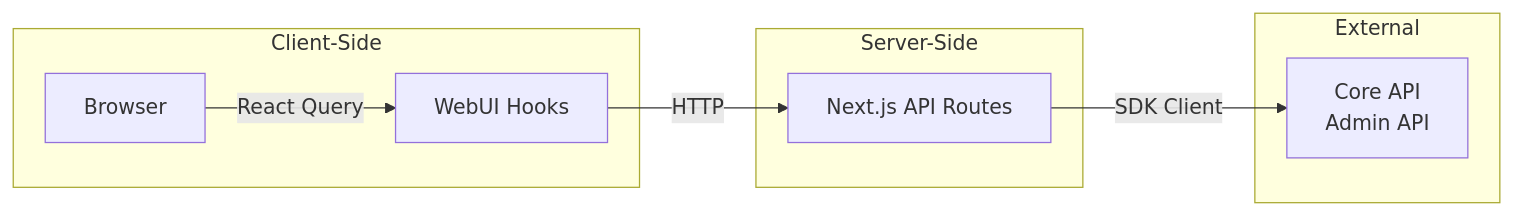
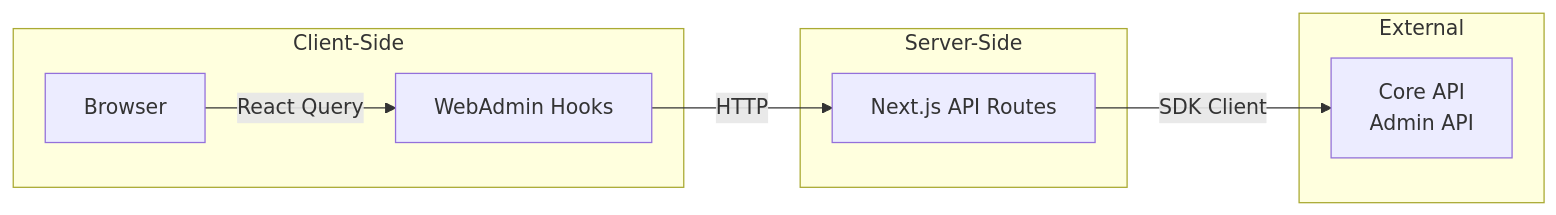
The first of 7 diagrams in WebAdmin/docs/ARCHITECTURE.md (knnlabs/Conduit), drawn with Mermaid before and after one commit. The commit also changed other lines of this file and 111 other files, not shown here.

First line of the commit message:
refactor: rename WebUI to WebAdmin across the codebase

````diff
--- a/WebAdmin/docs/ARCHITECTURE.md
+++ b/WebAdmin/docs/ARCHITECTURE.md
@@ -10,19 +10,19 @@
 ```mermaid
 graph LR
-    A[Browser] -->|React Query| B[WebUI Hooks]
+    A[Browser] -->|React Query| B[WebAdmin Hooks]
     B -->|HTTP| C[Next.js API Routes]
     C -->|SDK Client| D[Conduit APIs]
     
     subgraph "Client-Side"
         A
         B
     end
     
     subgraph "Server-Side"
         C
     end
     
     subgraph "External"
         D[Core API<br/>Admin API]
     end
 ```
````
